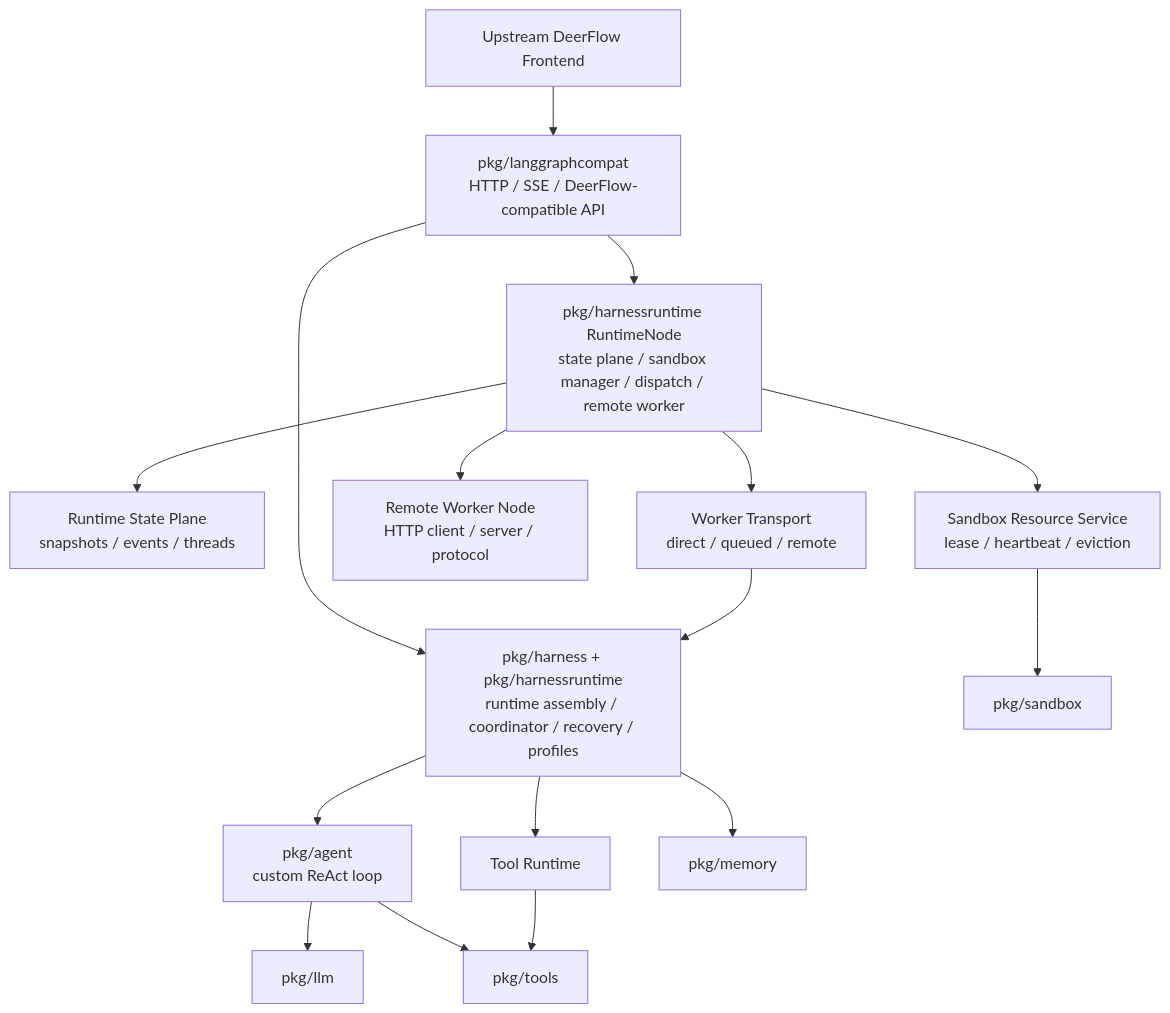
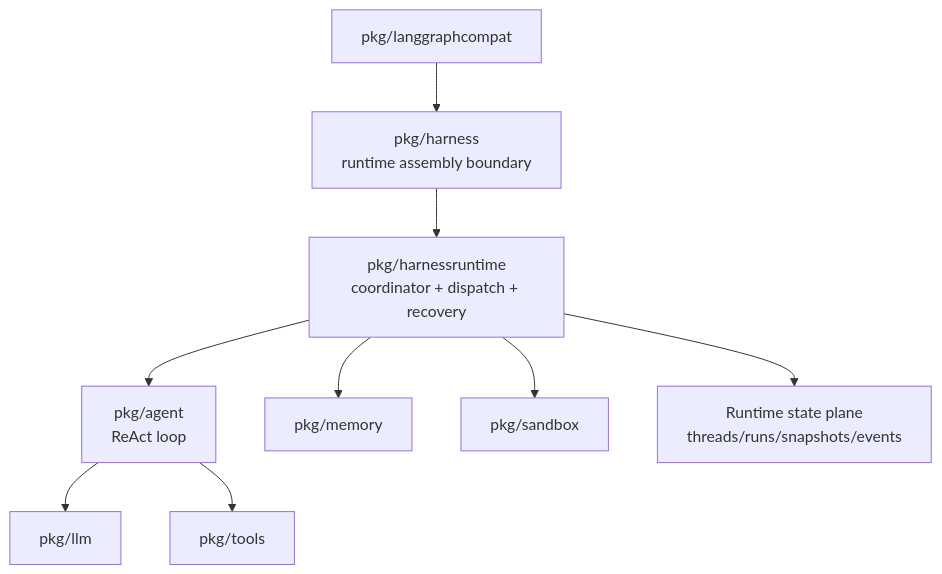
Before and after one commit to axeprpr/deerflow-go: the second of 3 diagrams in README.md, drawn with Mermaid. The commit also changed other lines of this file and 8 other files, not shown here.

Commit message:
runtime: converge P1/P2 with host-policy and recovery fencing

````diff
--- a/README.md
+++ b/README.md
@@ -42,33 +27,21 @@
 ```mermaid
 flowchart TD
-    UI[Upstream DeerFlow Frontend]
-    Compat[pkg/langgraphcompat<br/>HTTP / SSE / DeerFlow-compatible API]
-    Node[pkg/harnessruntime RuntimeNode<br/>state plane / sandbox manager / dispatch / remote worker]
-    Runtime[pkg/harness + pkg/harnessruntime<br/>runtime assembly / coordinator / recovery / profiles]
-    Agent[pkg/agent<br/>custom ReAct loop]
-    State[Runtime State Plane<br/>snapshots / events / threads]
-    Dispatch[Worker Transport<br/>direct / queued / remote]
-    Remote[Remote Worker Node<br/>HTTP client / server / protocol]
-    SandboxMgr[Sandbox Resource Service<br/>lease / heartbeat / eviction]
-    ToolRuntime[Tool Runtime]
-    Providers[pkg/llm]
+    Compat[pkg/langgraphcompat]
+    Harness[pkg/harness<br/>runtime assembly boundary]
+    RuntimeNode[pkg/harnessruntime<br/>coordinator + dispatch + recovery]
+    Agent[pkg/agent<br/>ReAct loop]
+    LLM[pkg/llm]
     Tools[pkg/tools]
     Memory[pkg/memory]
     Sandbox[pkg/sandbox]
+    State[Runtime state plane<br/>threads/runs/snapshots/events]
 
-    UI --> Compat
-    Compat --> Node
-    Compat --> Runtime
-    Node --> State
-    Node --> Dispatch
-    Node --> Remote
-    Node --> SandboxMgr
-    Runtime --> Agent
-    Runtime --> ToolRuntime
-    Runtime --> Memory
-    Dispatch --> Runtime
-    Agent --> Providers
+    Compat --> Harness
+    Harness --> RuntimeNode
+    RuntimeNode --> Agent
+    Agent --> LLM
     Agent --> Tools
-    ToolRuntime --> Tools
-    SandboxMgr --> Sandbox
+    RuntimeNode --> Memory
+    RuntimeNode --> Sandbox
+    RuntimeNode --> State
 ```
````
